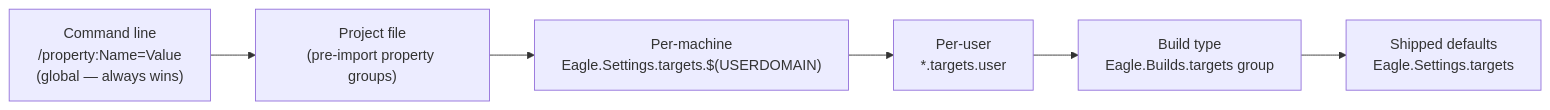
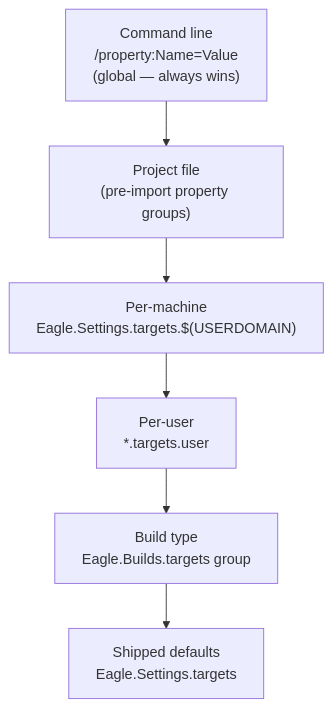
The second of 6 diagrams in msbuild.md (mistachkin/docs), drawn with Mermaid before and after one commit. The commit also changed other lines of this file, not shown here.

````diff
--- a/msbuild.md
+++ b/msbuild.md
@@ -177,10 +164,10 @@
 ```mermaid
-flowchart LR
+flowchart TD
     A["Command line<br/>/property:Name=Value<br/>(global — always wins)"]
     B["Project file<br/>(pre-import property groups)"]
     C["Per-machine<br/>Eagle.Settings.targets.$(USERDOMAIN)"]
     D["Per-user<br/>*.targets.user"]
     E["Build type<br/>Eagle.Builds.targets group"]
     F["Shipped defaults<br/>Eagle.Settings.targets"]
     A --> B --> C --> D --> E --> F
 ```
````
